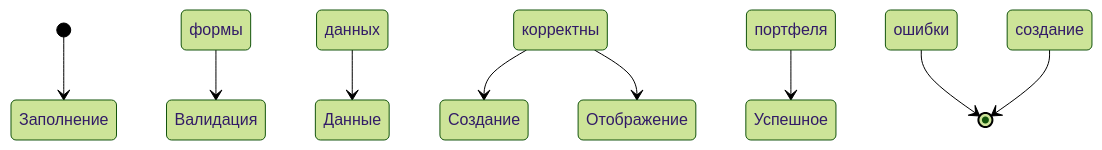
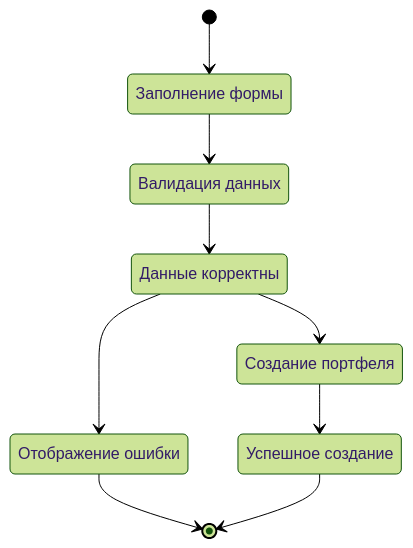
The seventh of 10 diagrams in readme.md (Wealthify-org/Analytics), drawn with Mermaid (forest theme) before and after one commit.

Commit message:
fix(diagrams): fix bug in state diagram v2

````diff
--- a/readme.md
+++ b/readme.md
@@ -494,12 +494,20 @@
 ```mermaid
 stateDiagram-v2
-    [*] --> Заполнение формы
-    Заполнение формы --> Валидация данных
-    Валидация данных --> Данные корректны
-    Данные корректны --> Создание портфеля
-    Данные корректны --> Отображение ошибки
-    Создание портфеля --> Успешное создание
-    Отображение ошибки --> [*]
-    Успешное создание --> [*]
+    [*] --> FillForm
+
+    FillForm        : Заполнение формы
+    Validate        : Валидация данных
+    DataCorrect     : Данные корректны
+    CreatePortfolio : Создание портфеля
+    ShowError       : Отображение ошибки
+    Success         : Успешное создание
+
+    FillForm --> Validate
+    Validate --> DataCorrect
+    DataCorrect --> CreatePortfolio
+    DataCorrect --> ShowError
+    CreatePortfolio --> Success
+    ShowError --> [*]
+    Success --> [*]
 
 ```
````
